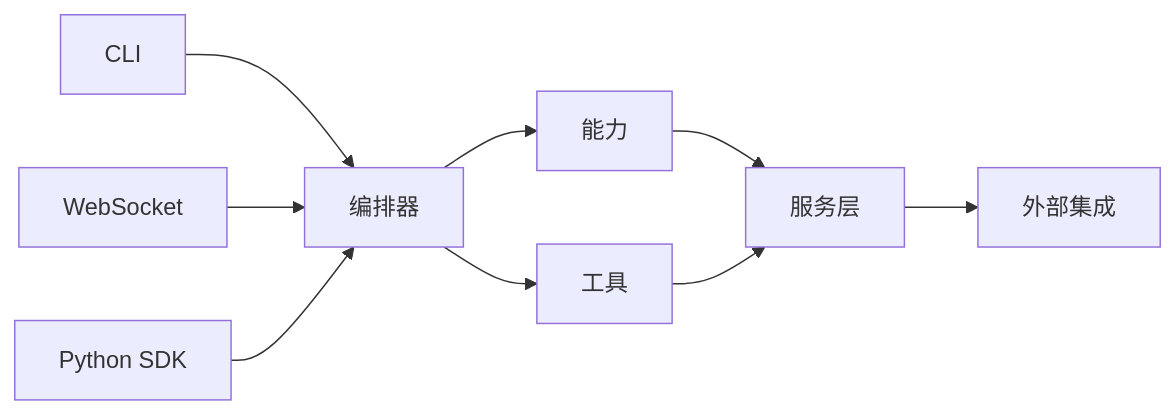
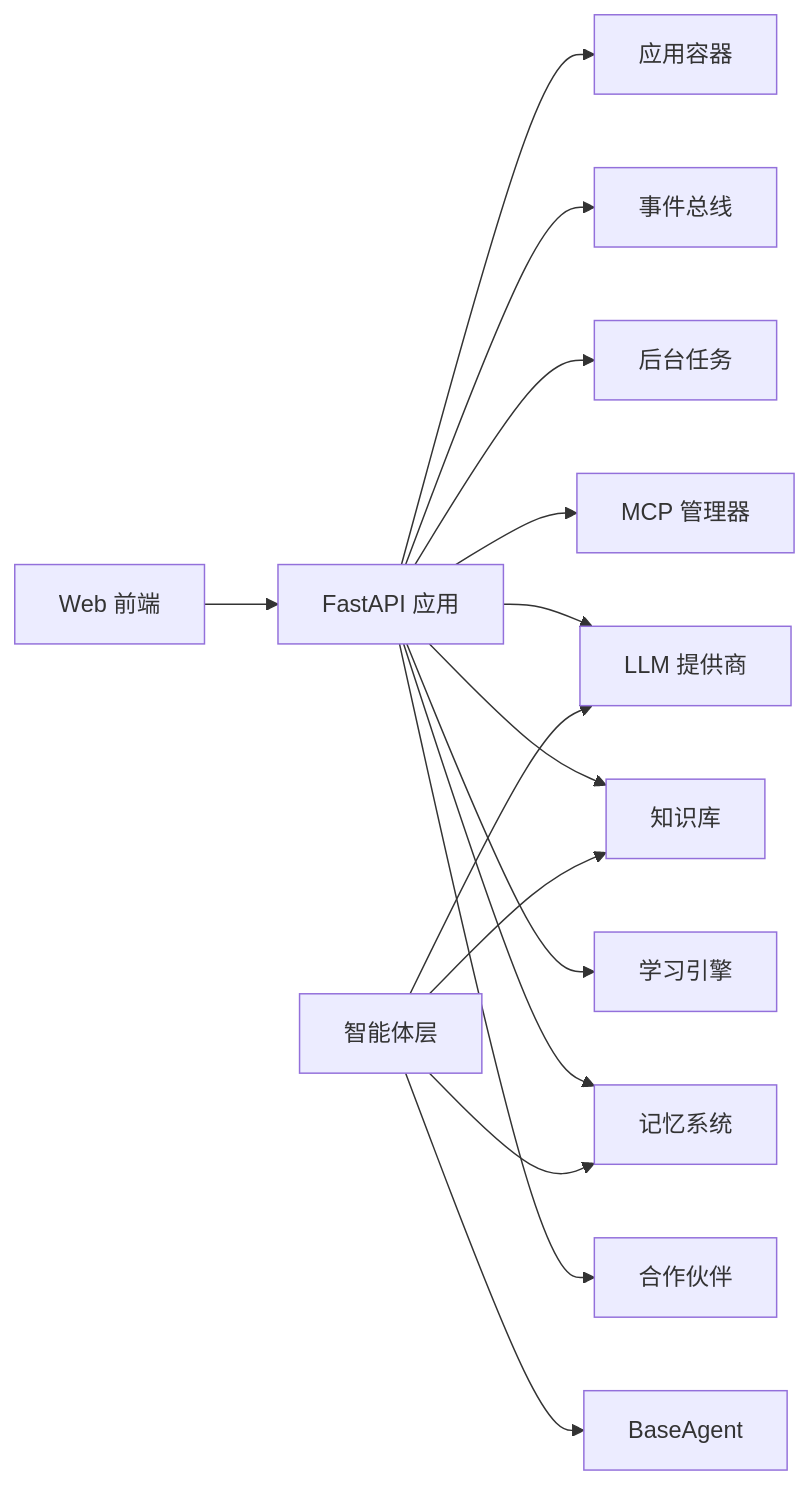
One commit to gongzili456/DeepTutor changed the fifth of 5 diagrams in .qoder/repowiki/zh/content/项目概述/项目介绍与目标.md. Above: the diagram before and after it, drawn with Mermaid. The commit also changed other lines of this file and 1242 other files, not shown here.

````diff
--- a/.qoder/repowiki/zh/content/项目概述/项目介绍与目标.md
+++ b/.qoder/repowiki/zh/content/项目概述/项目介绍与目标.md
@@ -253,11 +221,17 @@
 ```mermaid
 graph LR
-CLI["CLI"] --> ORCH["编排器"]
-WS["WebSocket"] --> ORCH
-SDK["Python SDK"] --> ORCH
-ORCH --> CAP["能力"]
-ORCH --> TOOL["工具"]
-CAP --> SVC["服务层"]
-TOOL --> SVC
-SVC --> EXT["外部集成"]
+Frontend["Web 前端"] --> API["FastAPI 应用"]
+API --> Container["应用容器"]
+API --> EventBus["事件总线"]
+API --> Background["后台任务"]
+API --> MCP["MCP 管理器"]
+API --> LLM["LLM 提供商"]
+API --> Knowledge["知识库"]
+API --> Learning["学习引擎"]
+API --> Memory["记忆系统"]
+API --> Partners["合作伙伴"]
+Agents["智能体层"] --> BaseAgent["BaseAgent"]
+Agents --> LLM
+Agents --> Knowledge
+Agents --> Memory
 ```
````
